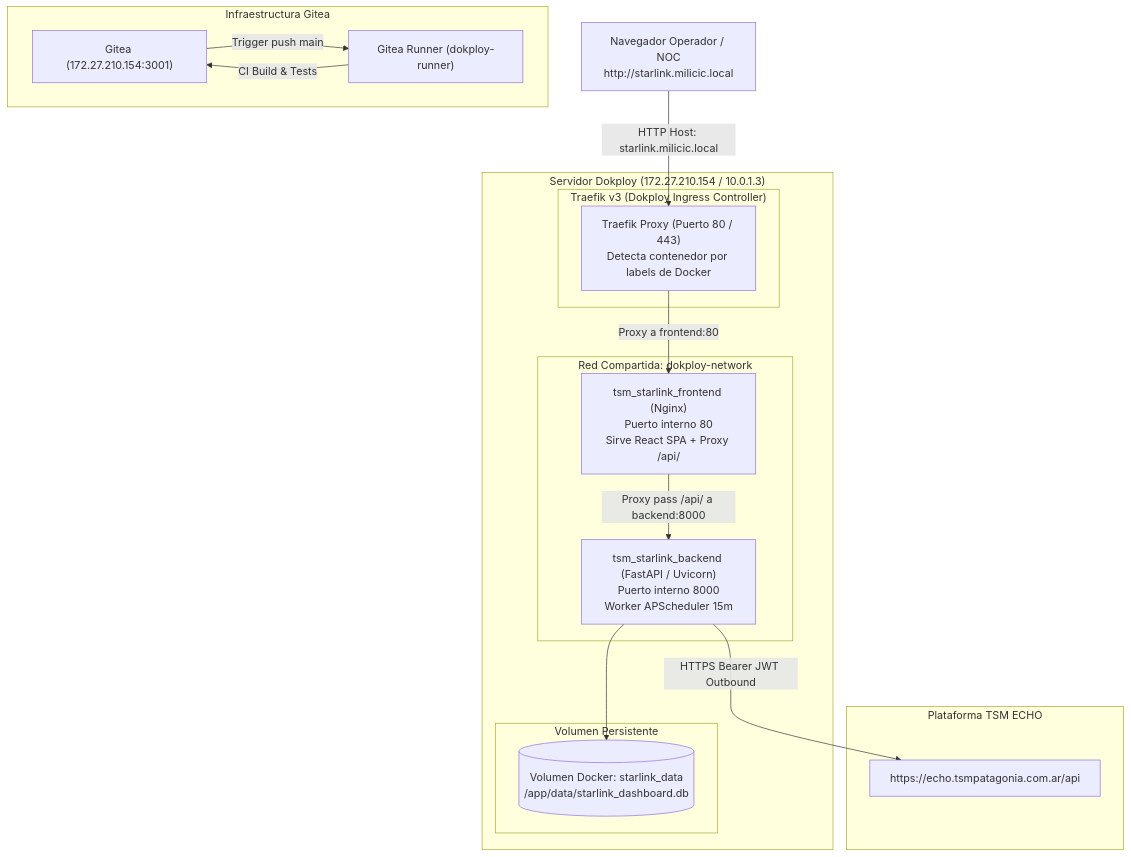
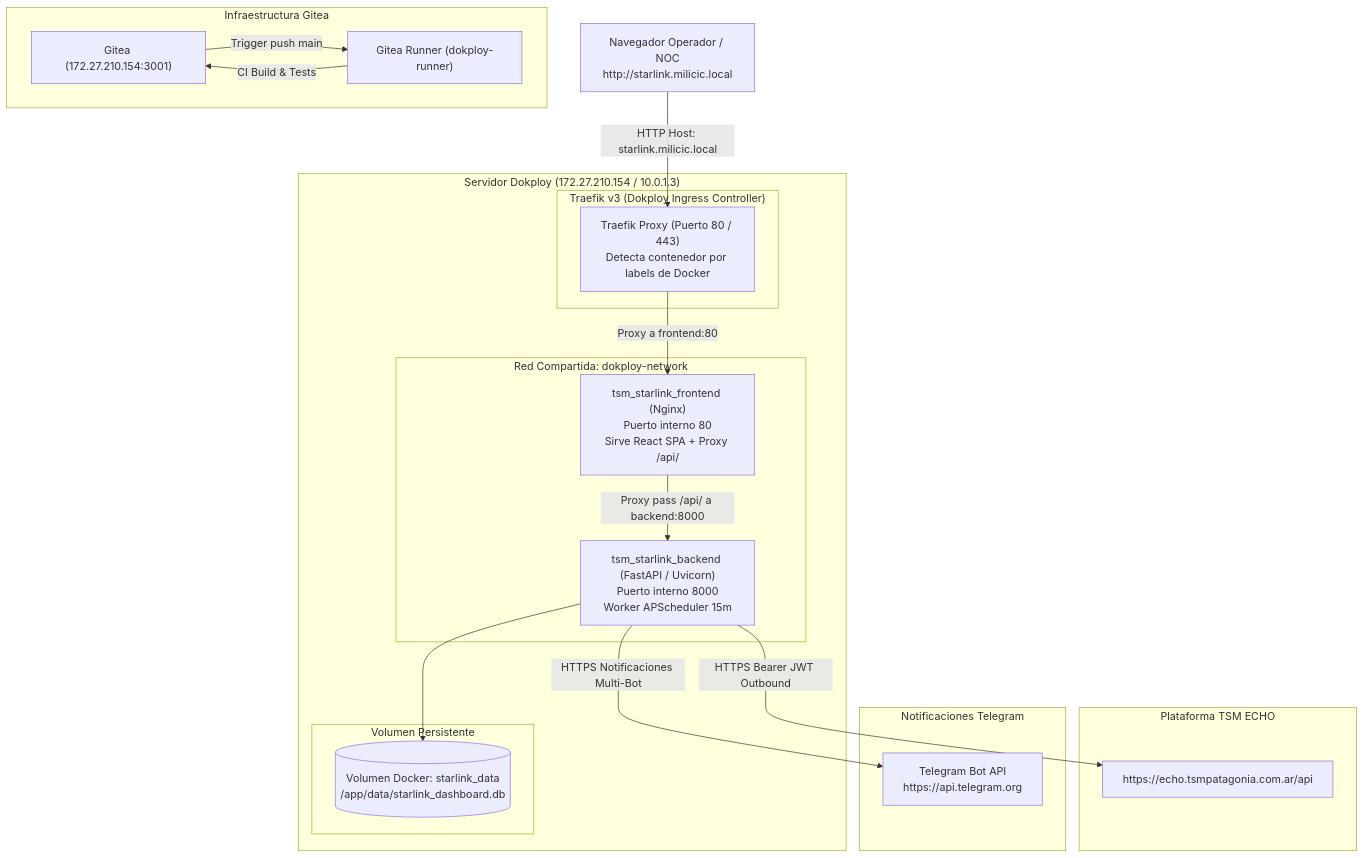
The diagram in docs/DEPLOYMENT.md (larentimatias7-oss/startlnk), drawn with Mermaid before and after one commit. The commit also changed other lines of this file and 4 other files, not shown here.

````diff
--- a/docs/DEPLOYMENT.md
+++ b/docs/DEPLOYMENT.md
@@ -32,36 +32,41 @@
 ```mermaid
 graph TD
     Client["Navegador Operador / NOC\nhttp://starlink.milicic.local"]
     
     subgraph Host ["Servidor Dokploy (172.27.210.154 / 10.0.1.3)"]
         subgraph Ingress ["Traefik v3 (Dokploy Ingress Controller)"]
             Traefik["Traefik Proxy (Puerto 80 / 443)\nDetecta contenedor por labels de Docker"]
         end
 
         subgraph DockerNet ["Red Compartida: dokploy-network"]
             Frontend["tsm_starlink_frontend (Nginx)\nPuerto interno 80\nSirve React SPA + Proxy /api/"]
             Backend["tsm_starlink_backend (FastAPI / Uvicorn)\nPuerto interno 8000\nWorker APScheduler 15m"]
         end
 
         subgraph Storage ["Volumen Persistente"]
             DBVolume[("Volumen Docker: starlink_data\n/app/data/starlink_dashboard.db")]
         end
     end
 
     subgraph CI_CD ["Infraestructura Gitea"]
         GiteaServer["Gitea (172.27.210.154:3001)"]
         Runner["Gitea Runner (dokploy-runner)"]
         GiteaServer -->|Trigger push main| Runner
     end
 
     subgraph Upstream ["Plataforma TSM ECHO"]
         EchoAPI["https://echo.tsmpatagonia.com.ar/api"]
     end
 
+    subgraph ExternalAlerts ["Notificaciones Telegram"]
+        TelegramAPI["Telegram Bot API\nhttps://api.telegram.org"]
+    end
+
     Client -->|HTTP Host: starlink.milicic.local| Traefik
     Traefik -->|Proxy a frontend:80| Frontend
     Frontend -->|Proxy pass /api/ a backend:8000| Backend
     Backend --> DBVolume
     Backend -->|HTTPS Bearer JWT Outbound| EchoAPI
+    Backend -->|HTTPS Notificaciones Multi-Bot| TelegramAPI
     Runner -->|CI Build & Tests| GiteaServer
 ```
````
